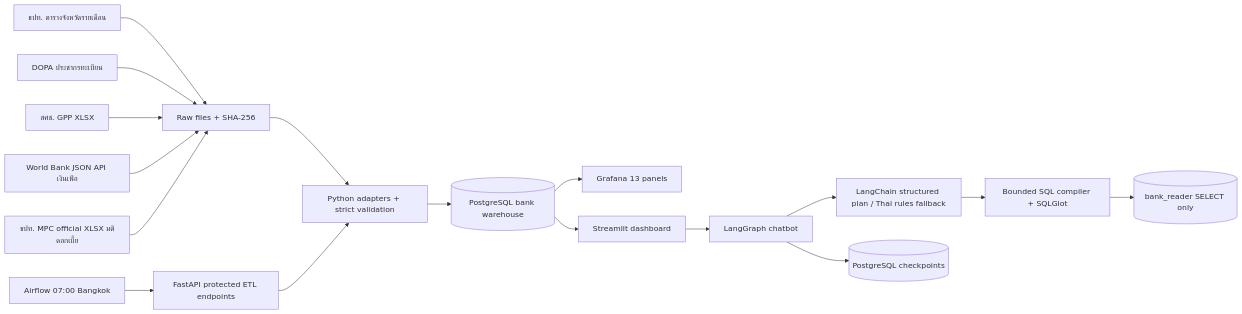
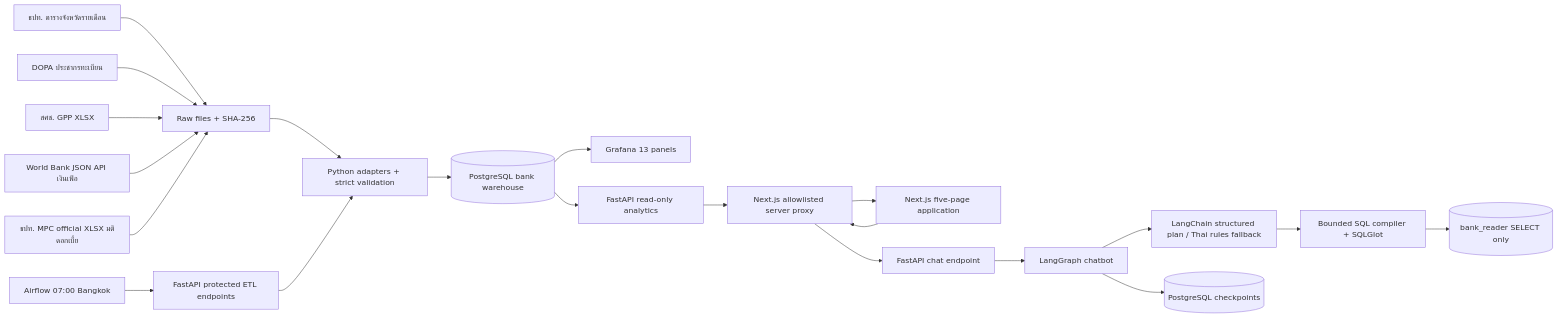
One commit to anupat2046/Bank-Project changed the first of 3 diagrams in docs/architecture.md. Above: the diagram before and after it, drawn with Mermaid. The commit also changed other lines of this file and 55 other files, not shown here.

Commit message:
feat: Change Streamlit to Next.js AI Powered Dashboard

````diff
--- a/docs/architecture.md
+++ b/docs/architecture.md
@@ -3,19 +3,23 @@
 ```mermaid
 flowchart LR
   BOT[ธปท. ตารางจังหวัดรายเดือน] --> RAW[Raw files + SHA-256]
   DOPA[DOPA ประชากรทะเบียน] --> RAW
   NESDC[สศช. GPP XLSX] --> RAW
   WB[World Bank JSON API เงินเฟ้อ] --> RAW
   MPC[ธปท. MPC official XLSX มติดอกเบี้ย] --> RAW
   RAW --> ETL[Python adapters + strict validation]
   AIR[Airflow 07:00 Bangkok] --> API[FastAPI protected ETL endpoints]
   API --> ETL
   ETL --> PG[(PostgreSQL bank warehouse)]
   PG --> GRAF[Grafana 13 panels]
-  PG --> UI[Streamlit dashboard]
-  UI --> GRAPH[LangGraph chatbot]
+  PG --> ROAPI[FastAPI read-only analytics]
+  ROAPI --> BFF[Next.js allowlisted server proxy]
+  BFF --> UI[Next.js five-page application]
+  UI --> BFF
+  BFF --> CHATAPI[FastAPI chat endpoint]
+  CHATAPI --> GRAPH[LangGraph chatbot]
   GRAPH --> PLAN[LangChain structured plan / Thai rules fallback]
   PLAN --> SQL[Bounded SQL compiler + SQLGlot]
   SQL --> RO[(bank_reader SELECT only)]
   GRAPH --> CP[(PostgreSQL checkpoints)]
 ```
````
